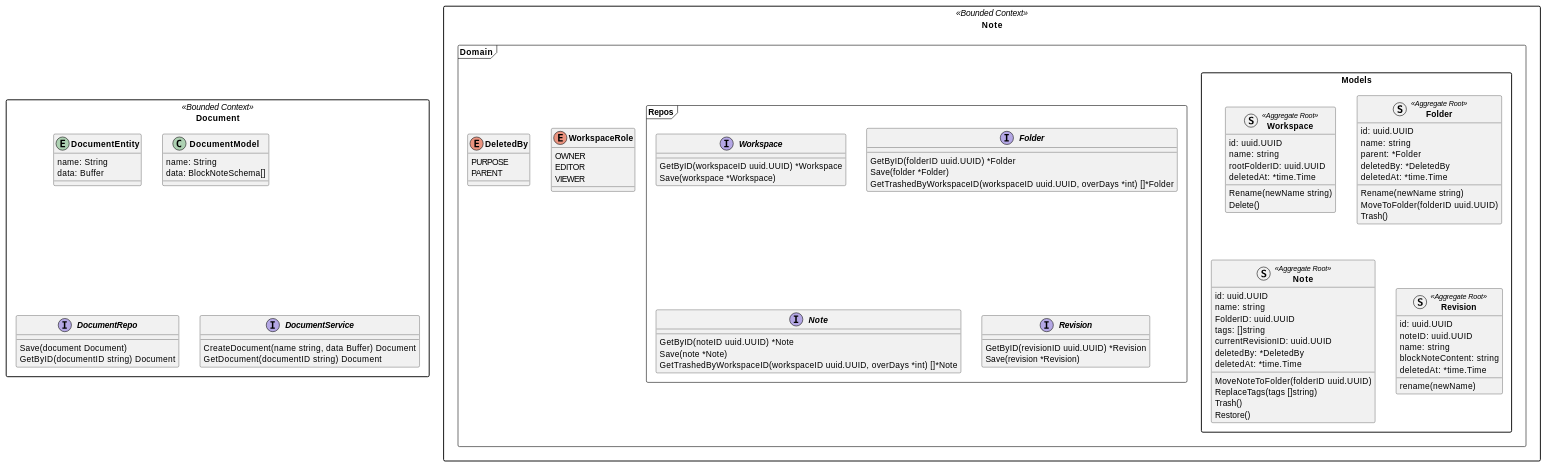
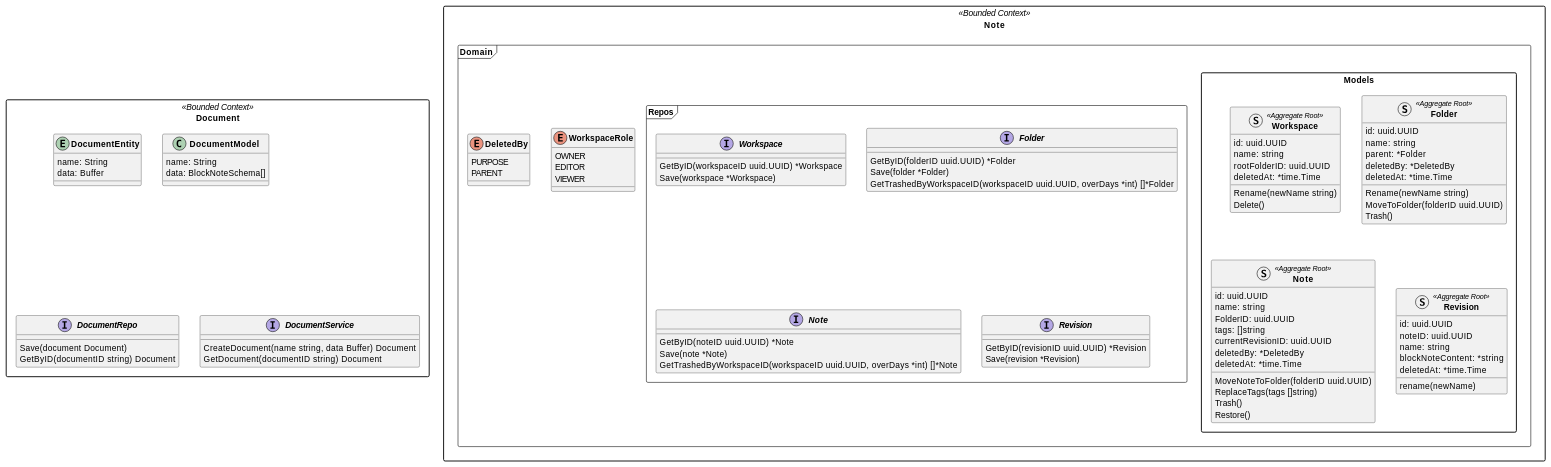
One commit to notopia-uit/notopia changed the diagram in docs/src/docs/class-diagram.md. Above: the diagram before and after it, drawn with PlantUML. The commit also changed 11 other files, not shown here.

```diff
--- a/docs/src/docs/class-diagram.md
+++ b/docs/src/docs/class-diagram.md
@@ -88,7 +88,7 @@
                 id: uuid.UUID
                 noteID: uuid.UUID
                 name: string
-                blockNoteContent: string
+                blockNoteContent: *string
                 deletedAt: *time.Time
 
                 rename(newName)
```
